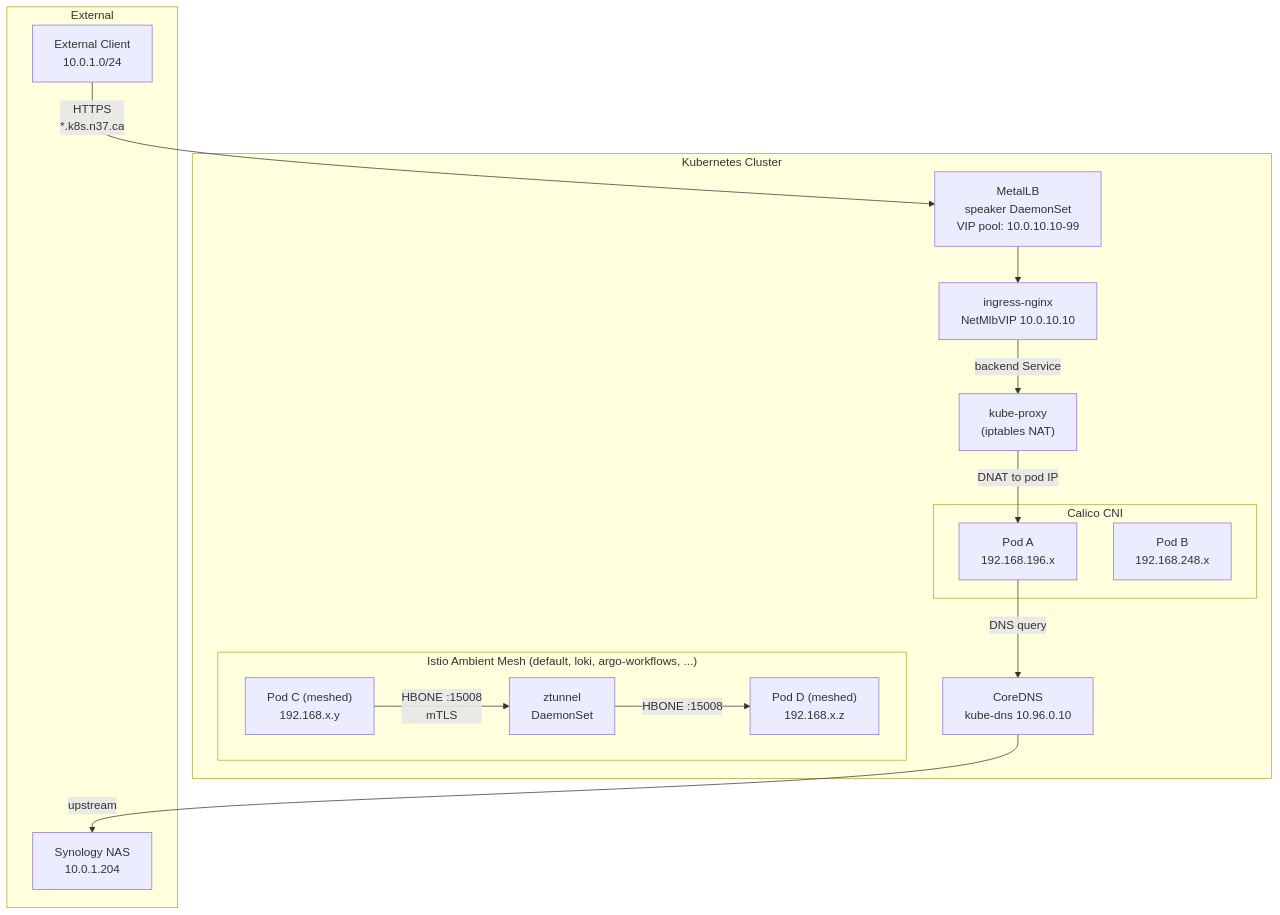
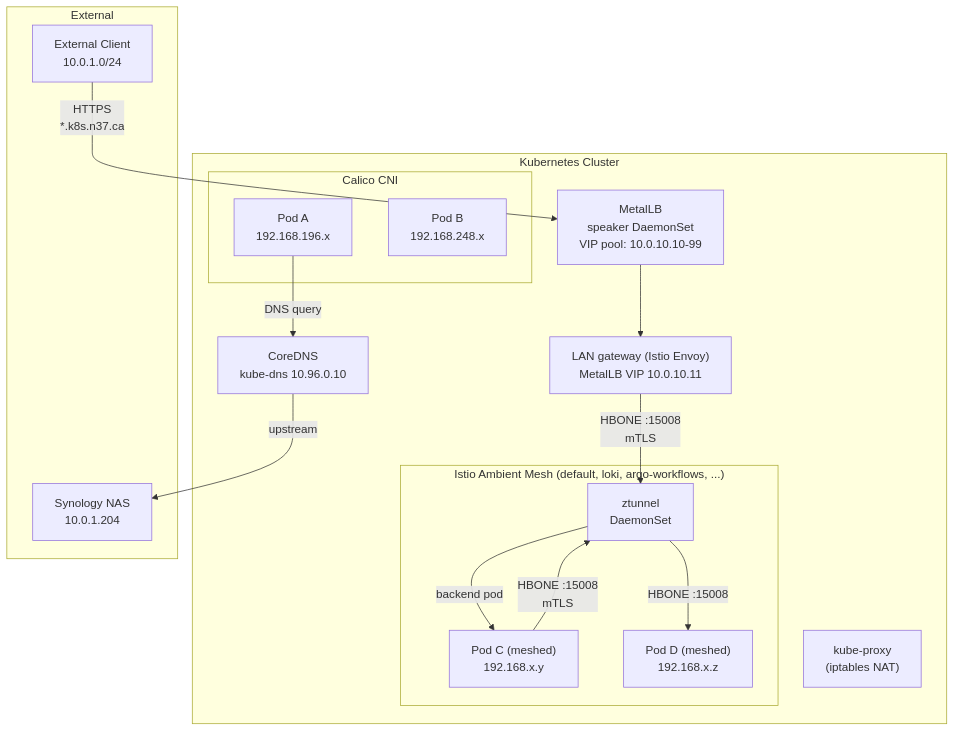
Before and after one commit to imcbeth/k8s-docs-n37: the first of 6 diagrams in docs/networking/cluster-topology.md, drawn with Mermaid. The commit also changed other lines of this file and 29 other files, not shown here.

First line of the commit message:
docs: LAN gateway (Istio) replaces ingress-nginx across the site (#136)

````diff
--- a/docs/networking/cluster-topology.md
+++ b/docs/networking/cluster-topology.md
@@ -13,36 +13,36 @@
 ```mermaid
 graph TB
     subgraph cluster ["Kubernetes Cluster"]
         subgraph cni ["Calico CNI"]
             podA["Pod A\n192.168.196.x"]
             podB["Pod B\n192.168.248.x"]
         end
 
         subgraph ambient ["Istio Ambient Mesh (default, loki, argo-workflows, ...)"]
             zt1["ztunnel\nDaemonSet"]
             podC["Pod C (meshed)\n192.168.x.y"]
             podD["Pod D (meshed)\n192.168.x.z"]
         end
 
         kube_proxy["kube-proxy\n(iptables NAT)"]
         coredns["CoreDNS\nkube-dns 10.96.0.10"]
         metallb["MetalLB\nspeaker DaemonSet\nVIP pool: 10.0.10.10-99"]
-        ingress["ingress-nginx\nNetMlbVIP 10.0.10.10"]
+        ingress["LAN gateway (Istio Envoy)\nMetalLB VIP 10.0.10.11"]
     end
 
     subgraph external ["External"]
         client["External Client\n10.0.1.0/24"]
         nas["Synology NAS\n10.0.1.204"]
     end
 
     client -->|"HTTPS\n*.k8s.n37.ca"| metallb
     metallb --> ingress
-    ingress -->|"backend Service"| kube_proxy
-    kube_proxy -->|"DNAT to pod IP"| podA
+    ingress -->|"HBONE :15008\nmTLS"| zt1
+    zt1 -->|"backend pod"| podC
 
     podC -->|"HBONE :15008\nmTLS"| zt1
     zt1 -->|"HBONE :15008"| podD
 
     podA -->|"DNS query"| coredns
     coredns -->|"upstream"| nas
 ```
````
